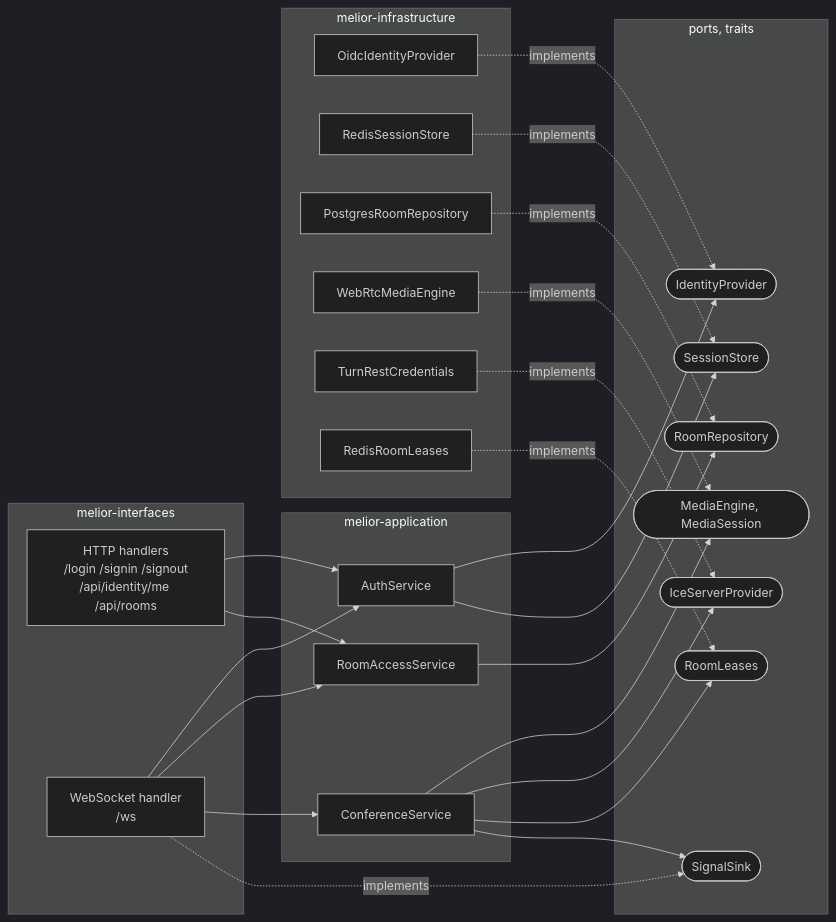
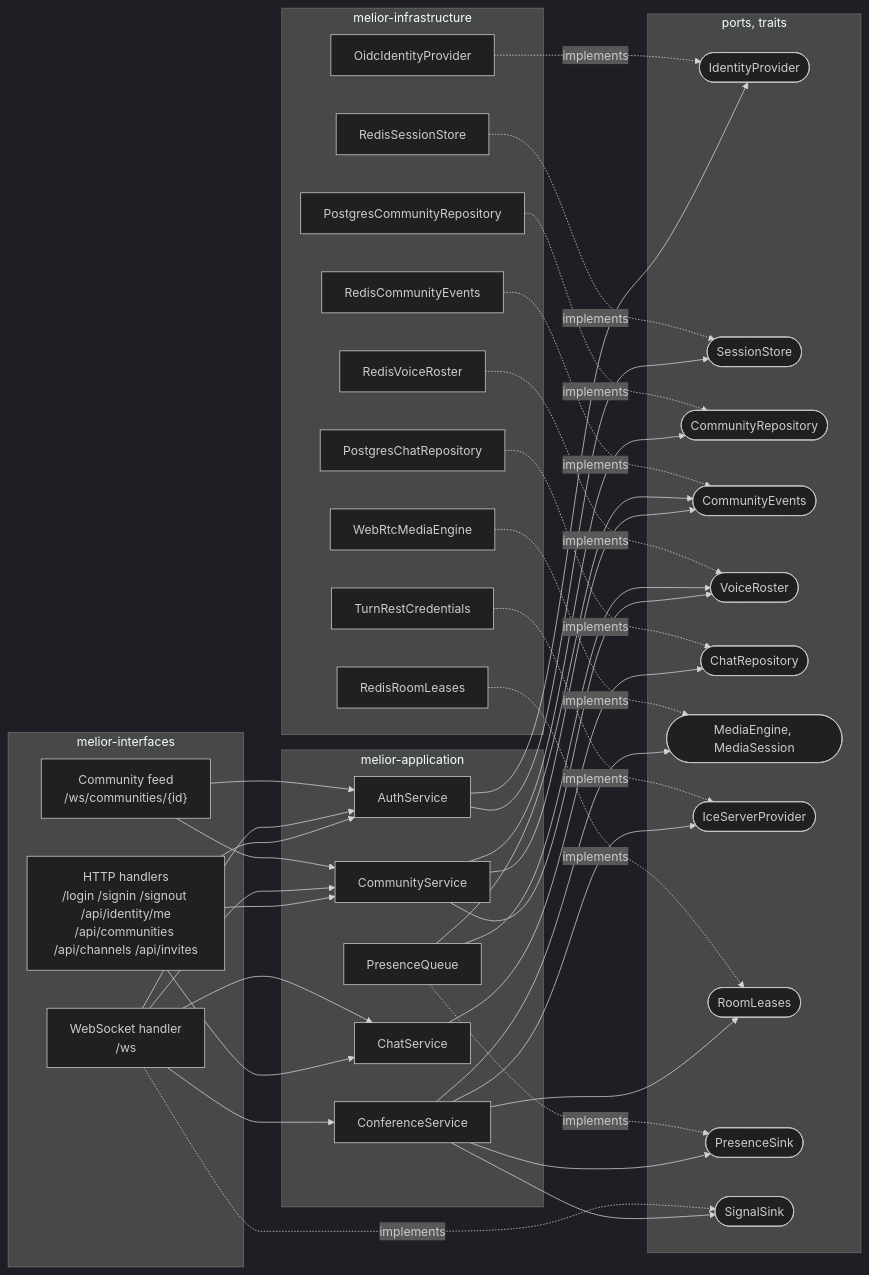
One commit to Jonohas/melior changed the fourth of 18 diagrams in docs/architecture.md. Above: the diagram before and after it, drawn with Mermaid (dark theme). The commit also changed other lines of this file and 2 other files, not shown here.

Commit message:
Document communities, permissions and voice presence

````diff
--- a/docs/architecture.md
+++ b/docs/architecture.md
@@ -151,54 +152,78 @@
 ```mermaid
 flowchart LR
     subgraph driving["melior-interfaces"]
-        http["HTTP handlers<br/>/login /signin /signout<br/>/api/identity/me /api/rooms"]
+        http["HTTP handlers<br/>/login /signin /signout /api/identity/me<br/>/api/communities /api/channels /api/invites"]
         ws["WebSocket handler<br/>/ws"]
+        feed["Community feed<br/>/ws/communities/{id}"]
     end
 
     subgraph application["melior-application"]
         auth["AuthService"]
-        rooms["RoomAccessService"]
+        comm["CommunityService"]
+        chat["ChatService"]
         conf["ConferenceService"]
+        queue["PresenceQueue"]
     end
 
     subgraph ports["ports, traits"]
         idp(["IdentityProvider"])
         store(["SessionStore"])
-        repo(["RoomRepository"])
+        repo(["CommunityRepository"])
+        events(["CommunityEvents"])
+        roster(["VoiceRoster"])
+        chatrepo(["ChatRepository"])
         media(["MediaEngine, MediaSession"])
         ice(["IceServerProvider"])
         leases(["RoomLeases"])
+        presence(["PresenceSink"])
         sink(["SignalSink"])
     end
 
     subgraph driven["melior-infrastructure"]
         oidc["OidcIdentityProvider"]
         rsess["RedisSessionStore"]
-        pg["PostgresRoomRepository"]
+        pg["PostgresCommunityRepository"]
+        revents["RedisCommunityEvents"]
+        rroster["RedisVoiceRoster"]
+        pgchat["PostgresChatRepository"]
         rtc["WebRtcMediaEngine"]
         turn["TurnRestCredentials"]
         rlease["RedisRoomLeases"]
     end
 
     http --> auth
-    http --> rooms
+    http --> comm
+    http --> chat
     ws --> auth
-    ws --> rooms
+    ws --> comm
     ws --> conf
+    ws --> chat
+    feed --> auth
+    feed --> comm
 
     auth --> idp
     auth --> store
-    rooms --> repo
+    comm --> repo
+    comm --> events
+    comm --> roster
+    chat --> chatrepo
     conf --> media
     conf --> ice
     conf --> leases
+    conf --> presence
     conf --> sink
+    queue --> roster
+    queue --> events
 
     oidc -. implements .-> idp
     rsess -. implements .-> store
     pg -. implements .-> repo
+    revents -. implements .-> events
+    rroster -. implements .-> roster
+    pgchat -. implements .-> chatrepo
     rtc -. implements .-> media
     turn -. implements .-> ice
     rlease -. implements .-> leases
+    queue -. implements .-> presence
     ws -. implements .-> sink
 ```
````
